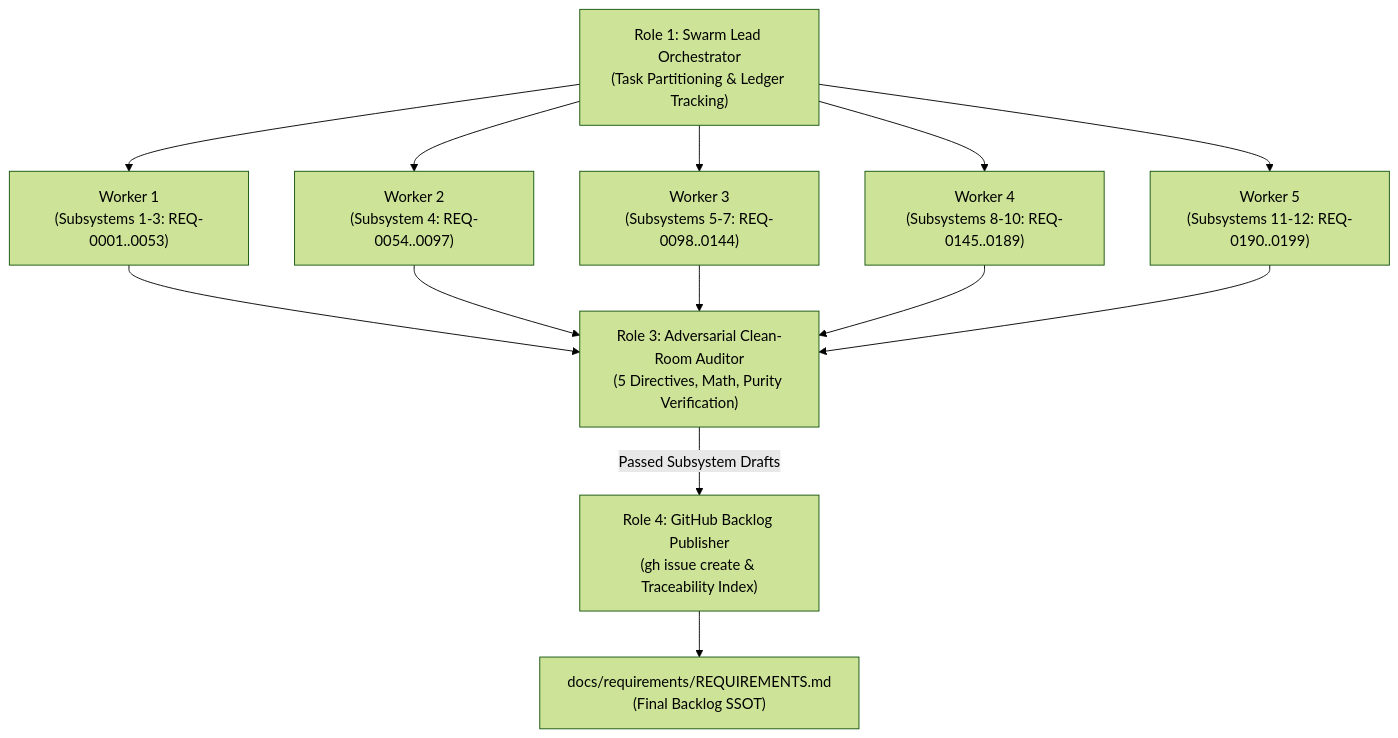
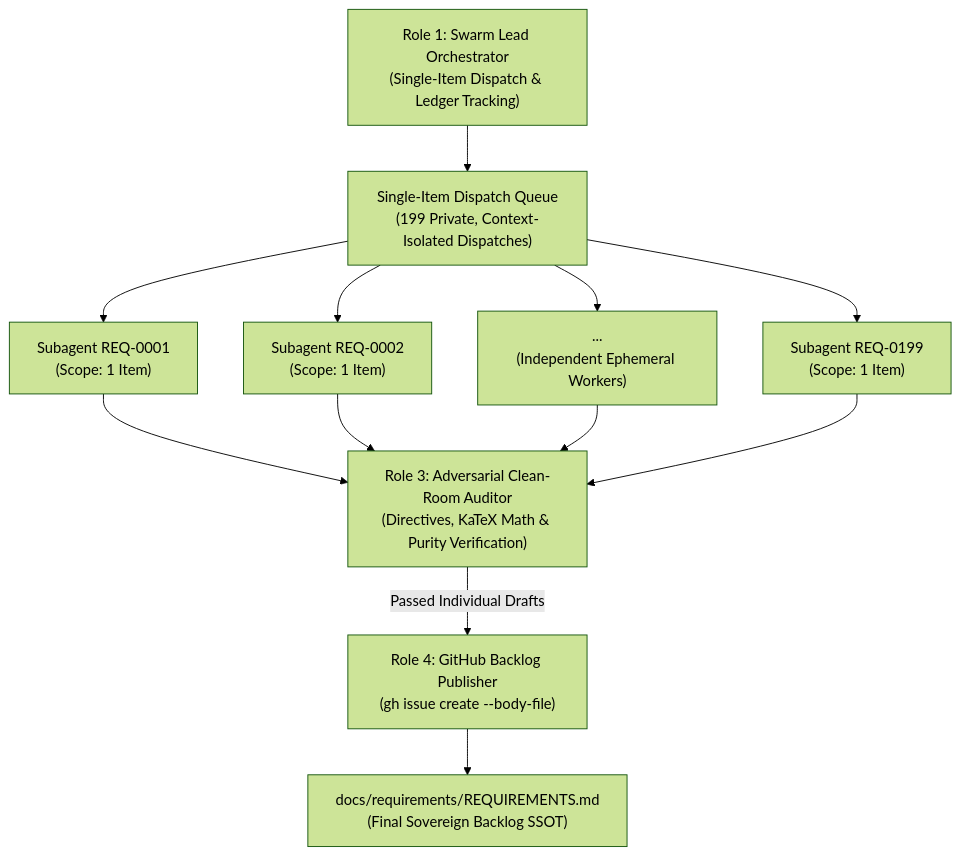
Before and after one commit to gintatkinson/deap-compiler: the diagram in docs/requirements/STREAMLINED_CHARTER.md, drawn with Mermaid (forest theme). The commit also changed other lines of this file and 1 other file, not shown here.

Commit message:
docs(requirements): harmonize and synchronize TEAMWORK_CHARTER and STREAMLINED_CHARTER (refs #requirements)

````diff
--- a/docs/requirements/STREAMLINED_CHARTER.md
+++ b/docs/requirements/STREAMLINED_CHARTER.md
@@ -47,25 +72,24 @@
 ```mermaid
 flowchart TD
-    Orchestrator["Role 1: Swarm Lead Orchestrator<br/>(Task Partitioning & Ledger Tracking)"]
-    W1["Worker 1<br/>(Subsystems 1-3: REQ-0001..0053)"]
-    W2["Worker 2<br/>(Subsystem 4: REQ-0054..0097)"]
-    W3["Worker 3<br/>(Subsystems 5-7: REQ-0098..0144)"]
-    W4["Worker 4<br/>(Subsystems 8-10: REQ-0145..0189)"]
-    W5["Worker 5<br/>(Subsystems 11-12: REQ-0190..0199)"]
-    Auditor["Role 3: Adversarial Clean-Room Auditor<br/>(5 Directives, Math, Purity Verification)"]
-    Publisher["Role 4: GitHub Backlog Publisher<br/>(gh issue create & Traceability Index)"]
-    MasterSpec["docs/requirements/REQUIREMENTS.md<br/>(Final Backlog SSOT)"]
+    Orchestrator["Role 1: Swarm Lead Orchestrator<br/>(Single-Item Dispatch & Ledger Tracking)"]
+    Queue["Single-Item Dispatch Queue<br/>(199 Private, Context-Isolated Dispatches)"]
+    W_Item1["Subagent REQ-0001<br/>(Scope: 1 Item)"]
+    W_Item2["Subagent REQ-0002<br/>(Scope: 1 Item)"]
+    W_ItemDots["...<br/>(Independent Ephemeral Workers)"]
+    W_Item199["Subagent REQ-0199<br/>(Scope: 1 Item)"]
+    Auditor["Role 3: Adversarial Clean-Room Auditor<br/>(Directives, KaTeX Math & Purity Verification)"]
+    Publisher["Role 4: GitHub Backlog Publisher<br/>(gh issue create --body-file)"]
+    MasterSpec["docs/requirements/REQUIREMENTS.md<br/>(Final Sovereign Backlog SSOT)"]
 
-    Orchestrator --> W1
-    Orchestrator --> W2
-    Orchestrator --> W3
-    Orchestrator --> W4
-    Orchestrator --> W5
-    W1 --> Auditor
-    W2 --> Auditor
-    W3 --> Auditor
-    W4 --> Auditor
-    W5 --> Auditor
-    Auditor -->|Passed Subsystem Drafts| Publisher
+    Orchestrator --> Queue
+    Queue --> W_Item1
+    Queue --> W_Item2
+    Queue --> W_ItemDots
+    Queue --> W_Item199
+    W_Item1 --> Auditor
+    W_Item2 --> Auditor
+    W_ItemDots --> Auditor
+    W_Item199 --> Auditor
+    Auditor -->|Passed Individual Drafts| Publisher
     Publisher --> MasterSpec
 ```
````
